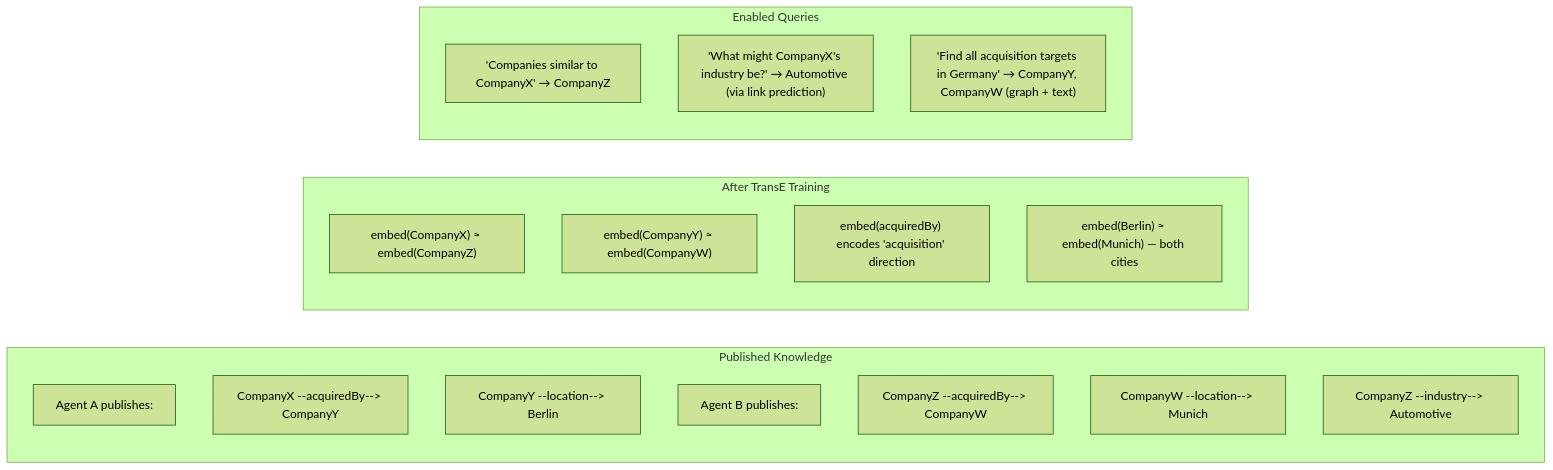
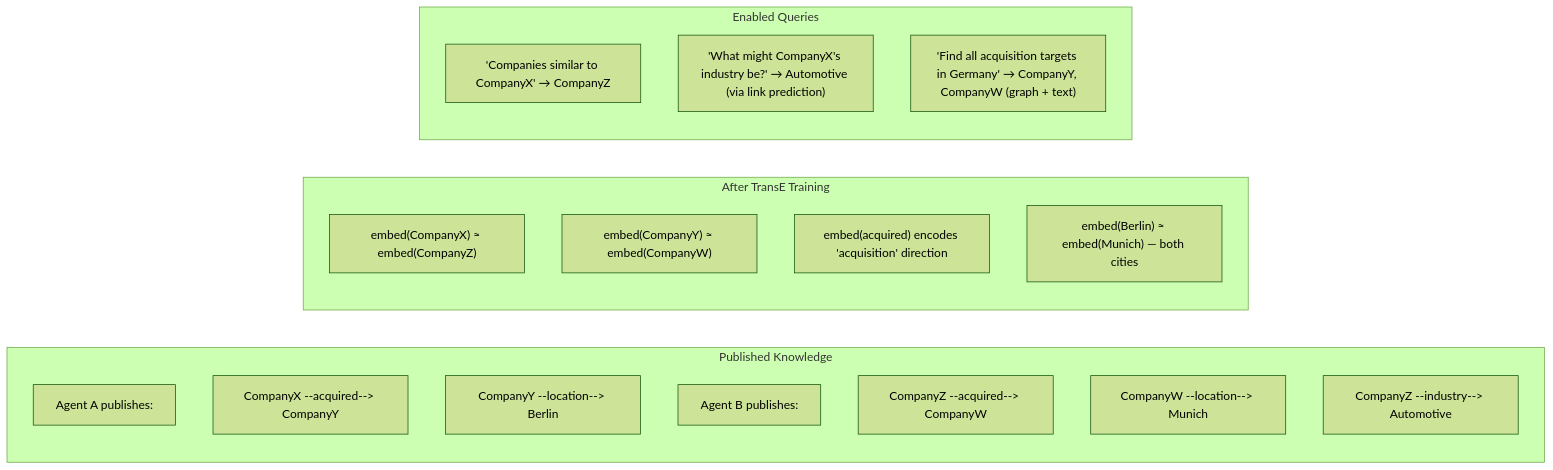
The third of 7 diagrams in docs/plans/PLAN_SEMANTIC_SEARCH_AND_GRAPH_EMBEDDINGS.md (OriginTrail/dkg-v9), drawn with Mermaid (forest theme) before and after one commit. The commit also changed other lines of this file, not shown here.

````diff
--- a/docs/plans/PLAN_SEMANTIC_SEARCH_AND_GRAPH_EMBEDDINGS.md
+++ b/docs/plans/PLAN_SEMANTIC_SEARCH_AND_GRAPH_EMBEDDINGS.md
@@ -137,26 +137,26 @@
 ```mermaid
 graph LR
     subgraph published [Published Knowledge]
         AgentA["Agent A publishes:"]
-        T1["CompanyX --acquiredBy--> CompanyY"]
+        T1["CompanyX --acquired--> CompanyY"]
         T2["CompanyY --location--> Berlin"]
         
         AgentB["Agent B publishes:"]
-        T3["CompanyZ --acquiredBy--> CompanyW"]
+        T3["CompanyZ --acquired--> CompanyW"]
         T4["CompanyW --location--> Munich"]
         T5["CompanyZ --industry--> Automotive"]
     end
 
     subgraph embeddings [After TransE Training]
         E1["embed(CompanyX) ≈ embed(CompanyZ)"]
         E2["embed(CompanyY) ≈ embed(CompanyW)"]
-        E3["embed(acquiredBy) encodes 'acquisition' direction"]
+        E3["embed(acquired) encodes 'acquisition' direction"]
         E4["embed(Berlin) ≈ embed(Munich) — both cities"]
     end
 
     subgraph queries [Enabled Queries]
         Q1["'Companies similar to CompanyX' → CompanyZ"]
         Q2["'What might CompanyX's industry be?' → Automotive (via link prediction)"]
         Q3["'Find all acquisition targets in Germany' → CompanyY, CompanyW (graph + text)"]
     end
 ```
````
